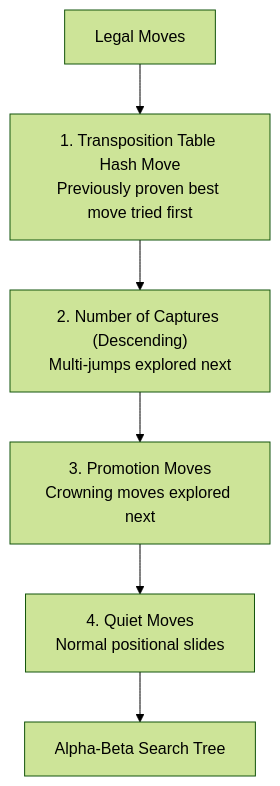
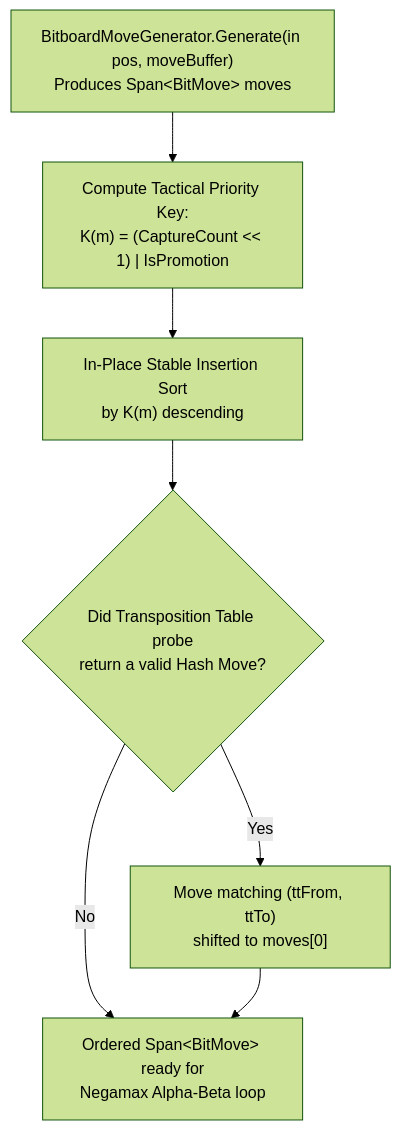
One commit to cjp-dev/Checkers changed the diagram in docs/brain/06-move-ordering.md. Above: the diagram before and after it, drawn with Mermaid (forest theme). The commit also changed other lines of this file and 19 other files, not shown here.

````diff
--- a/docs/brain/06-move-ordering.md
+++ b/docs/brain/06-move-ordering.md
@@ -17,8 +21,9 @@
 ```mermaid
 flowchart TD
-    Legal[Legal Moves] --> HashMove["1. Transposition Table Hash Move<br/>Previously proven best move tried first"]
-    HashMove --> CapCount["2. Number of Captures (Descending)<br/>Multi-jumps explored next"]
-    CapCount --> Prom["3. Promotion Moves<br/>Crowning moves explored next"]
-    Prom --> Quiet["4. Quiet Moves<br/>Normal positional slides"]
-    Quiet --> Search[Alpha-Beta Search Tree]
+    Gen["BitboardMoveGenerator.Generate(in pos, moveBuffer)<br/>Produces Span&lt;BitMove&gt; moves"] --> Key["Compute Tactical Priority Key:<br/>K(m) = (CaptureCount &lt;&lt; 1) | IsPromotion"]
+    Key --> Sort["In-Place Stable Insertion Sort<br/>by K(m) descending"]
+    Sort --> TTCheck{"Did Transposition Table probe<br/>return a valid Hash Move?"}
+    TTCheck -- "Yes" --> PromoteTT["Move matching (ttFrom, ttTo)<br/>shifted to moves[0]"]
+    TTCheck -- "No" --> Ready["Ordered Span&lt;BitMove&gt; ready for<br/>Negamax Alpha-Beta loop"]
+    PromoteTT --> Ready
 ```
````
